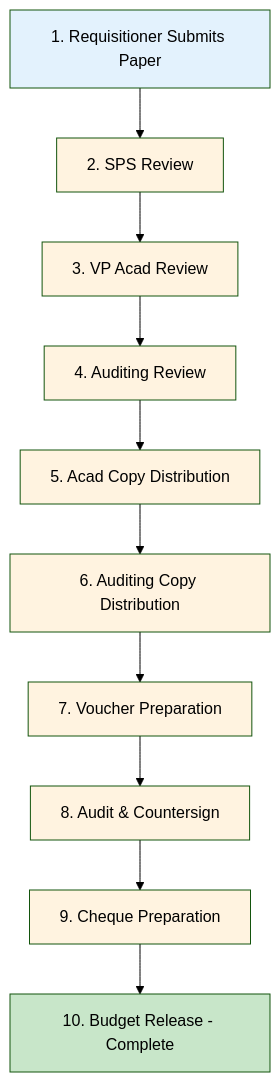
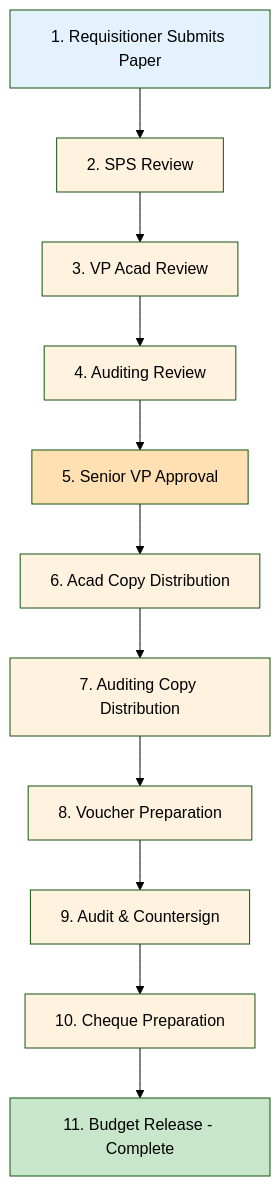
The first of 7 diagrams in resources/docs/user-guide/getting-started.md (Kherlyn/concept-paper-tracker), drawn with Mermaid (forest theme) before and after one commit. The commit also changed other lines of this file and 18 other files, not shown here.

````diff
--- a/resources/docs/user-guide/getting-started.md
+++ b/resources/docs/user-guide/getting-started.md
@@ -18,23 +18,25 @@
 ```mermaid
 graph TD
     A[1. Requisitioner Submits Paper] --> B[2. SPS Review]
     B --> C[3. VP Acad Review]
     C --> D[4. Auditing Review]
-    D --> E[5. Acad Copy Distribution]
-    E --> F[6. Auditing Copy Distribution]
-    F --> G[7. Voucher Preparation]
-    G --> H[8. Audit & Countersign]
-    H --> I[9. Cheque Preparation]
-    I --> J[10. Budget Release - Complete]
+    D --> E[5. Senior VP Approval]
+    E --> F[6. Acad Copy Distribution]
+    F --> G[7. Auditing Copy Distribution]
+    G --> H[8. Voucher Preparation]
+    H --> I[9. Audit & Countersign]
+    I --> J[10. Cheque Preparation]
+    J --> K[11. Budget Release - Complete]
 
     style A fill:#e3f2fd
     style B fill:#fff3e0
     style C fill:#fff3e0
     style D fill:#fff3e0
-    style E fill:#fff3e0
+    style E fill:#ffe0b2
     style F fill:#fff3e0
     style G fill:#fff3e0
     style H fill:#fff3e0
     style I fill:#fff3e0
-    style J fill:#c8e6c9
+    style J fill:#fff3e0
+    style K fill:#c8e6c9
 ```
````
